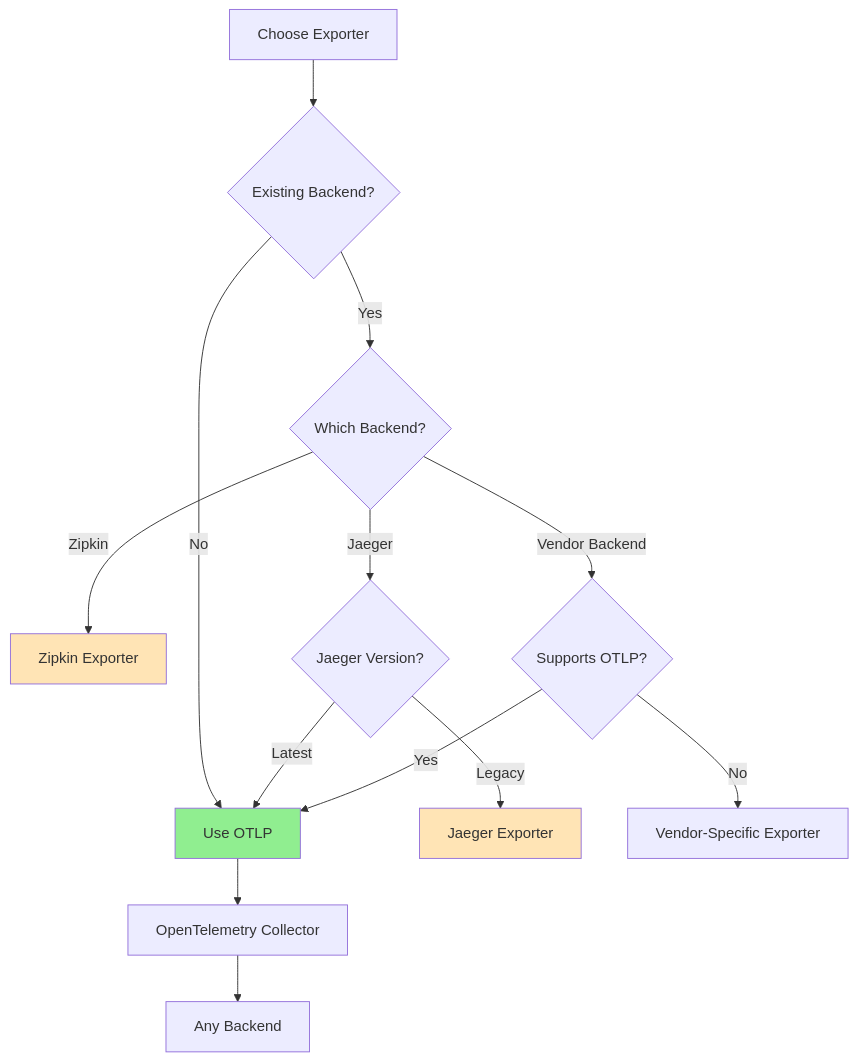
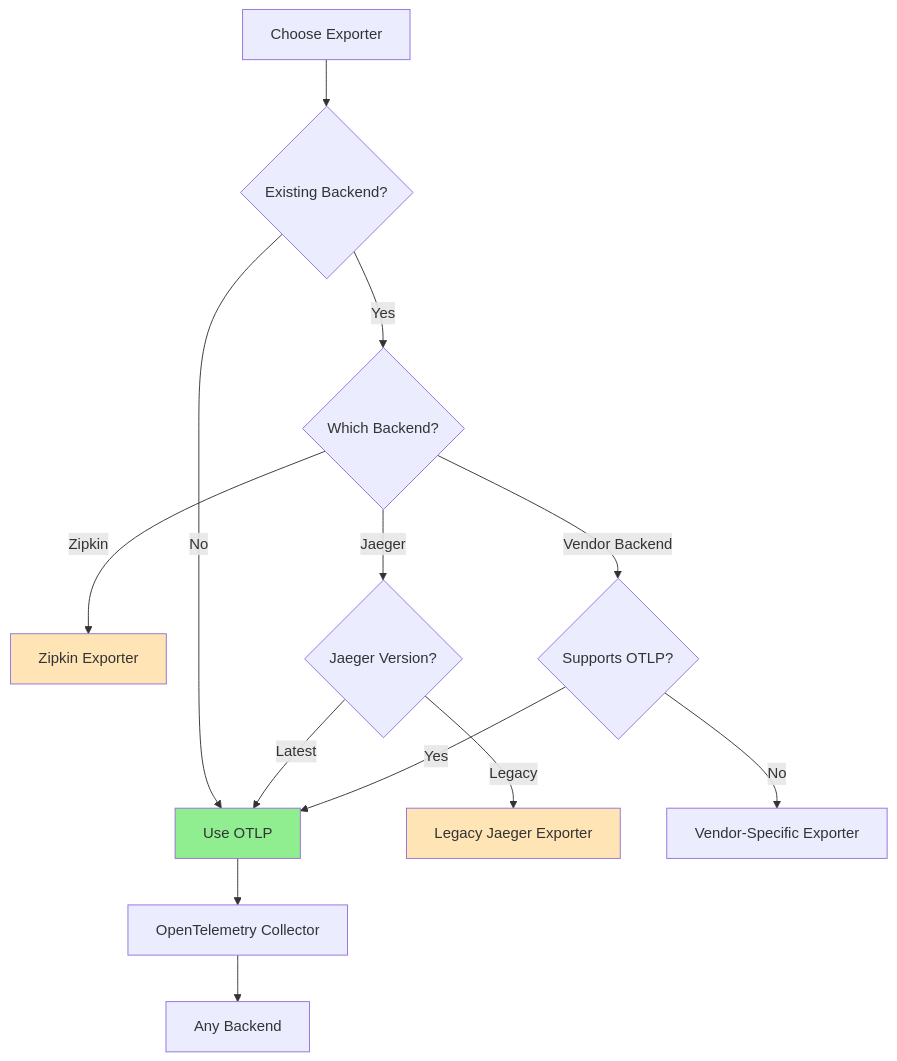
The diagram in posts/2026-02-06-opentelemetry-exporters-micronaut-otlp-zipkin-jaeger/README.md (OneUptime/blog), drawn with Mermaid before and after one commit. The commit also changed other lines of this file and 2 other files, not shown here.

Commit message:
validate: 2026-02-06-opentelemetry-exporters-micronaut-otlp-zipkin-jaeger

````diff
--- a/posts/2026-02-06-opentelemetry-exporters-micronaut-otlp-zipkin-jaeger/README.md
+++ b/posts/2026-02-06-opentelemetry-exporters-micronaut-otlp-zipkin-jaeger/README.md
@@ -343,23 +311,23 @@
 ```mermaid
 graph TD
     A[Choose Exporter] --> B{Existing Backend?}
     B -->|Yes| C{Which Backend?}
     B -->|No| D[Use OTLP]
 
     C -->|Zipkin| E[Zipkin Exporter]
     C -->|Jaeger| F{Jaeger Version?}
     C -->|Vendor Backend| G{Supports OTLP?}
 
     F -->|Latest| D
-    F -->|Legacy| H[Jaeger Exporter]
+    F -->|Legacy| H[Legacy Jaeger Exporter]
 
     G -->|Yes| D
     G -->|No| I[Vendor-Specific Exporter]
 
     D --> J[OpenTelemetry Collector]
     J --> K[Any Backend]
 
     style D fill:#90EE90
     style E fill:#FFE4B5
     style H fill:#FFE4B5
 ```
````
